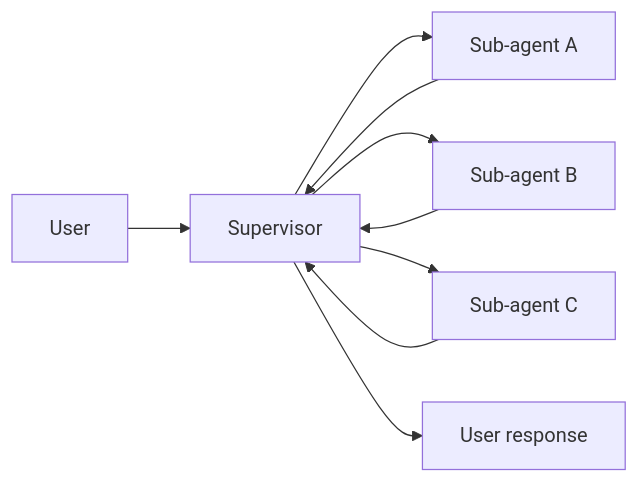
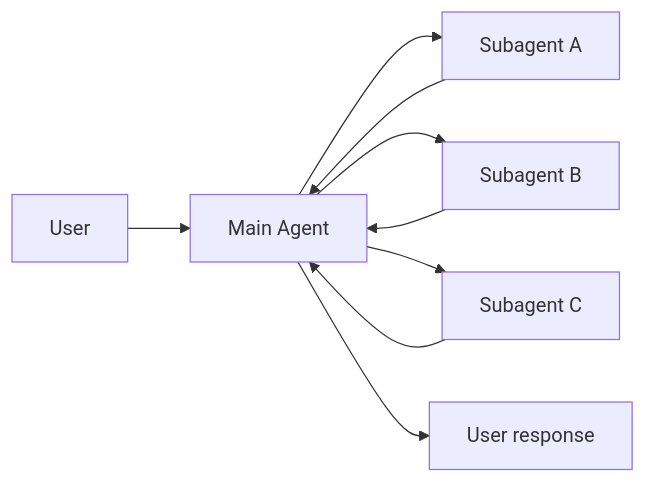
One commit to langchain-ai/docs changed the first of 9 diagrams in src/oss/langchain/multi-agent.mdx. Above: the diagram before and after it, drawn with Mermaid. The commit also changed other lines of this file, not shown here.

````diff
--- a/src/oss/langchain/multi-agent.mdx
+++ b/src/oss/langchain/multi-agent.mdx
@@ -71,11 +71,11 @@
 ```mermaid
 graph LR
-    A[User] --> B[Supervisor]
-    B --> C[Sub-agent A]
-    B --> D[Sub-agent B]
-    B --> E[Sub-agent C]
+    A[User] --> B[Main Agent]
+    B --> C[Subagent A]
+    B --> D[Subagent B]
+    B --> E[Subagent C]
     C --> B
     D --> B
     E --> B
     B --> F[User response]
 ```
````
